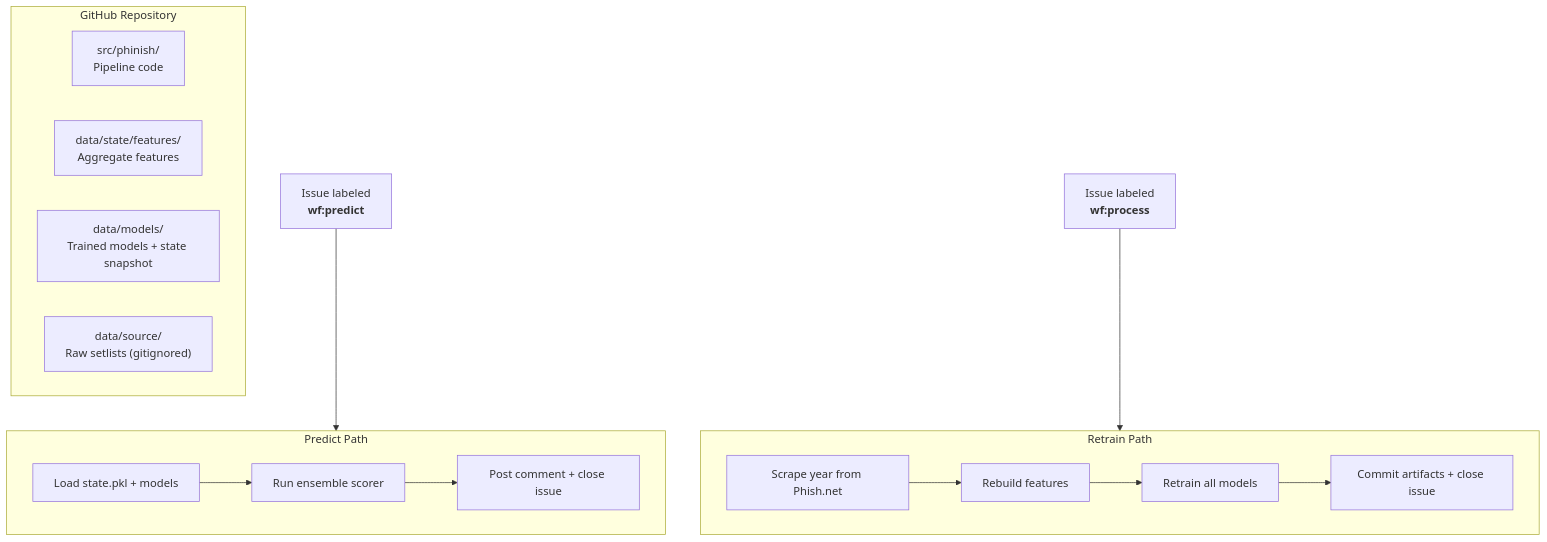
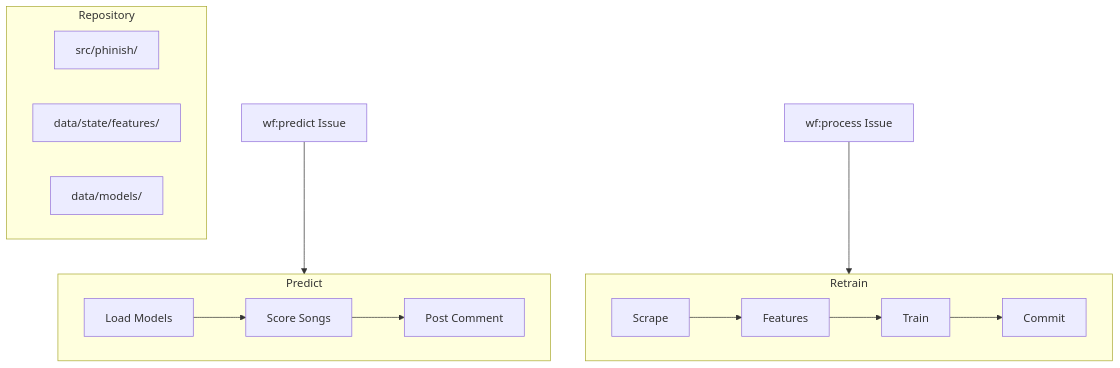
Before and after one commit to nate-rogan/phinish: the second of 2 diagrams in README.md, drawn with Mermaid. The commit also changed other lines of this file, not shown here.

Commit message:
docs: shorten mermaid node labels for readability
Trim verbose text from flowchart nodes so GitHub renders them at a
readable font size. Detail lives in the prose, not the diagram.

````diff
--- a/README.md
+++ b/README.md
@@ -92,20 +92,19 @@
 ```mermaid
 flowchart TB
-    subgraph repo["GitHub Repository"]
-        code["src/phinish/<br/>Pipeline code"]
-        features["data/state/features/<br/>Aggregate features"]
-        models["data/models/<br/>Trained models + state snapshot"]
-        source["data/source/<br/>Raw setlists (gitignored)"]
+    subgraph repo["Repository"]
+        code["src/phinish/"]
+        features["data/state/features/"]
+        models["data/models/"]
     end
 
-    predict_issue["Issue labeled<br/><strong>wf:predict</strong>"] --> predict_flow
-    process_issue["Issue labeled<br/><strong>wf:process</strong>"] --> process_flow
+    predict_issue["wf:predict Issue"] --> predict_flow
+    process_issue["wf:process Issue"] --> process_flow
 
-    subgraph predict_flow["Predict Path"]
-        p1["Load state.pkl + models"] --> p2["Run ensemble scorer"] --> p3["Post comment + close issue"]
+    subgraph predict_flow["Predict"]
+        p1["Load Models"] --> p2["Score Songs"] --> p3["Post Comment"]
     end
 
-    subgraph process_flow["Retrain Path"]
-        r1["Scrape year from Phish.net"] --> r2["Rebuild features"] --> r3["Retrain all models"] --> r4["Commit artifacts + close issue"]
+    subgraph process_flow["Retrain"]
+        r1["Scrape"] --> r2["Features"] --> r3["Train"] --> r4["Commit"]
     end
 ```
````
